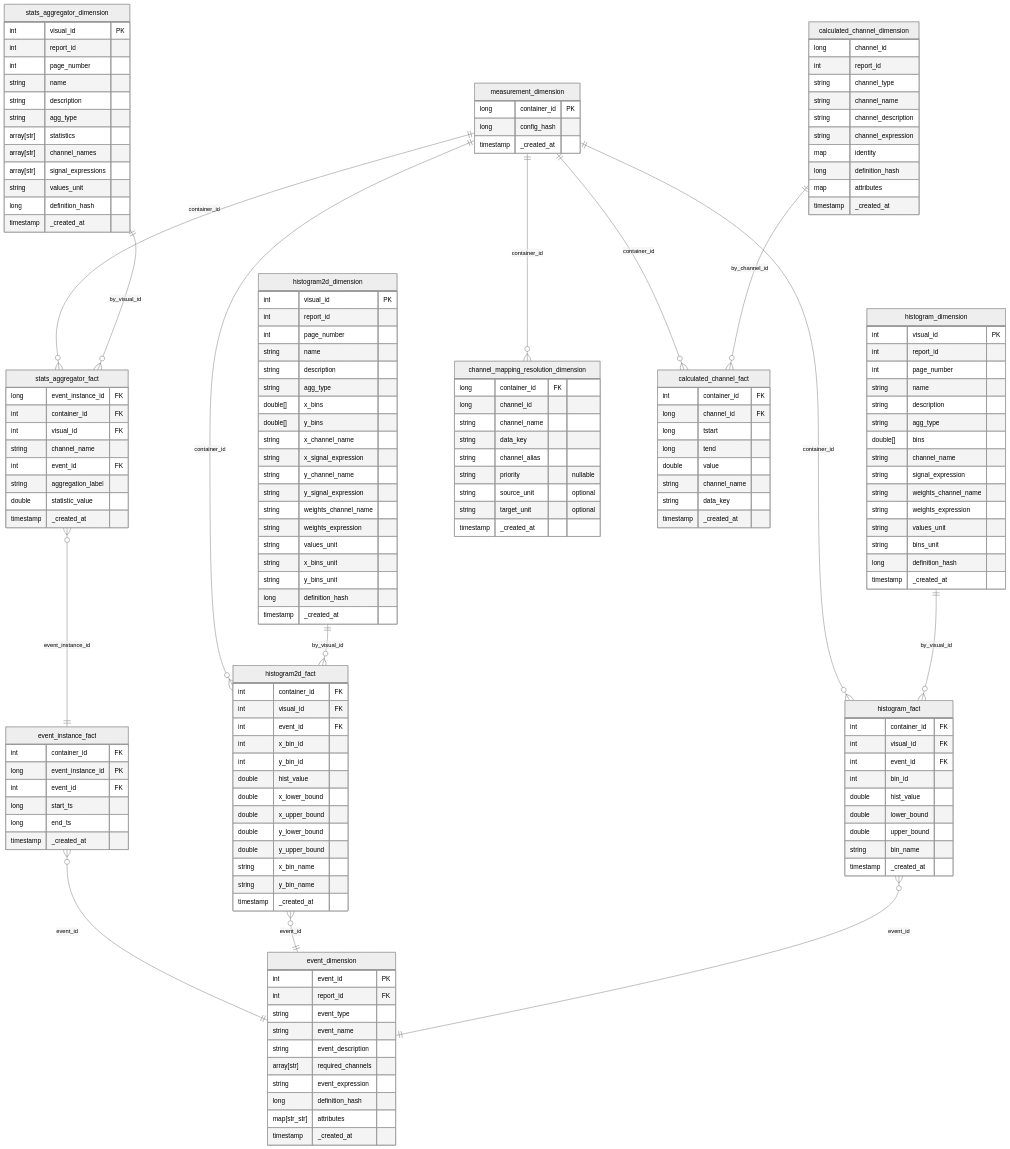
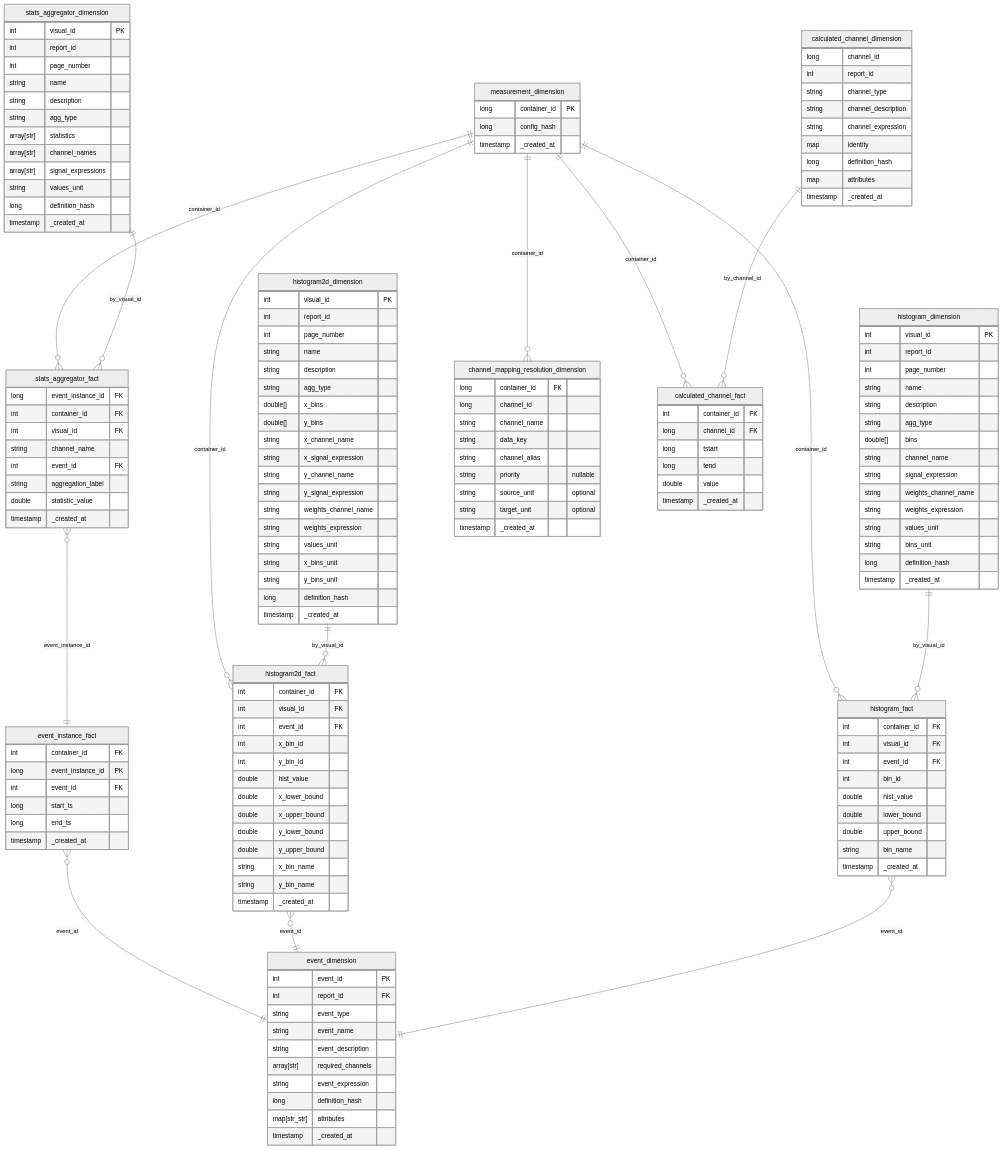
The diagram in docs/impulse/docs/data_model/gold_layer_event_normalized.md (databrickslabs/impulse), drawn with Mermaid (neutral theme) before and after one commit. The commit also changed other lines of this file and 11 other files, not shown here.

First line of the commit message:
Refactor calculated channel identity handling and output schema

```diff
--- a/docs/impulse/docs/data_model/gold_layer_event_normalized.md
+++ b/docs/impulse/docs/data_model/gold_layer_event_normalized.md
@@ -169,7 +169,6 @@
     long channel_id
     int report_id
     string channel_type
-    string channel_name
     string channel_description
     string channel_expression
     map identity
@@ -184,8 +183,6 @@
     long tstart
     long tend
     double value
-    string channel_name
-    string data_key
     timestamp _created_at
 }
 
```
